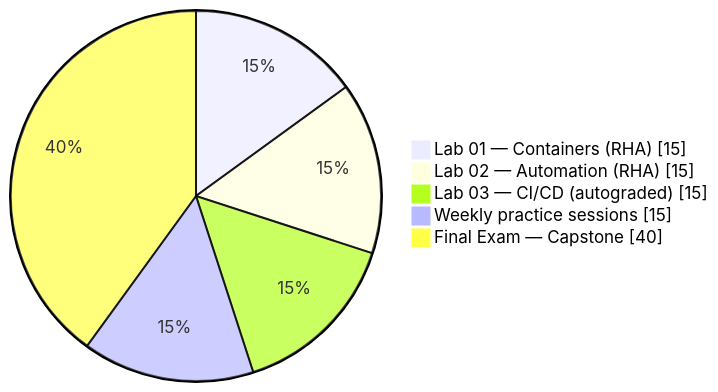
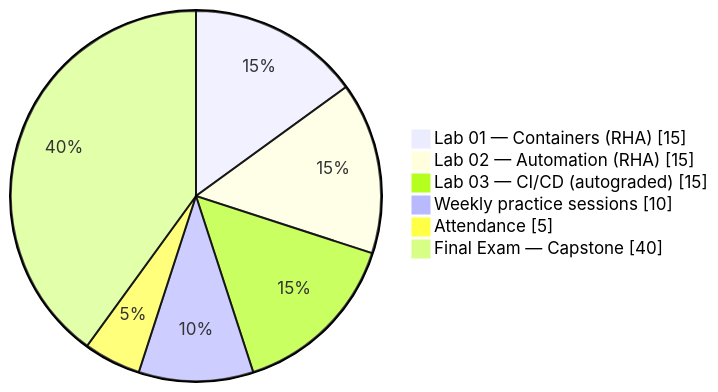
The third of 3 diagrams in lectures/01-intro/slides.md (230103278/inf345), drawn with Mermaid before and after one commit. The commit also changed other lines of this file and 7 other files, not shown here.

````diff
--- a/lectures/01-intro/slides.md
+++ b/lectures/01-intro/slides.md
@@ -265,8 +264,9 @@
 ```mermaid
 pie showData
   "Lab 01 — Containers (RHA)" : 15
   "Lab 02 — Automation (RHA)" : 15
   "Lab 03 — CI/CD (autograded)" : 15
-  "Weekly practice sessions" : 15
+  "Weekly practice sessions" : 10
+  "Attendance" : 5
   "Final Exam — Capstone" : 40
 ```
````
